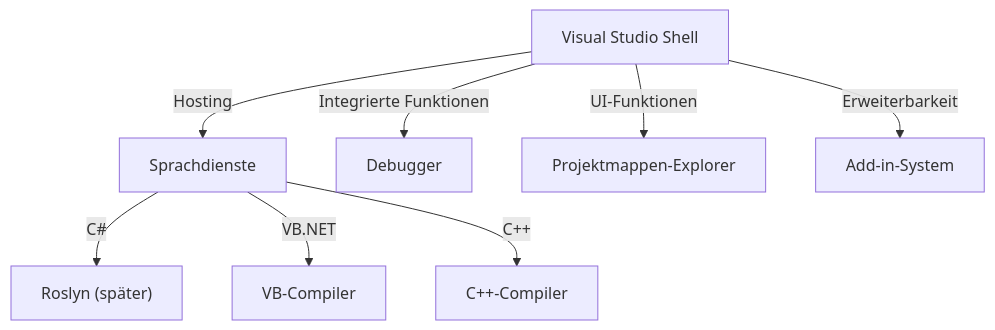
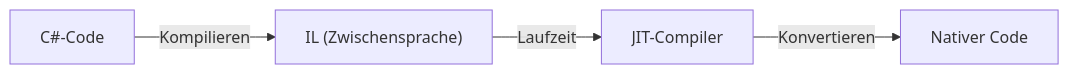
The second of 2 diagrams in content/post/history-of-visual-studio/index.de.md (kenjinote/blog), drawn with Mermaid before and after one commit. The commit also changed other lines of this file and 129 other files, not shown here.

````diff
--- a/content/post/history-of-visual-studio/index.de.md
+++ b/content/post/history-of-visual-studio/index.de.md
@@ -85,11 +51,6 @@
 ```mermaid
-graph TD
-    A["Visual Studio Shell"] -- "Hosting" --> B["Sprachdienste"]
-    B -- "C#" --> C["Roslyn (später)"]
-    B -- "VB.NET" --> D["VB-Compiler"]
-    B -- "C++" --> E["C++-Compiler"]
-    
-    A -- "Integrierte Funktionen" --> F["Debugger"]
-    A -- "UI-Funktionen" --> G["Projektmappen-Explorer"]
-    A -- "Erweiterbarkeit" --> H["Add-in-System"]
+graph LR
+    A["C#-Code"] -- "Kompilieren" --> B["IL (Zwischensprache)"]
+    B -- "Laufzeit" --> C["JIT-Compiler"]
+    C -- "Konvertieren" --> D["Nativer Code"]
 ```
````
